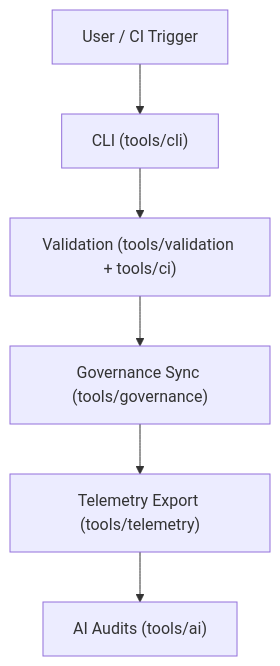
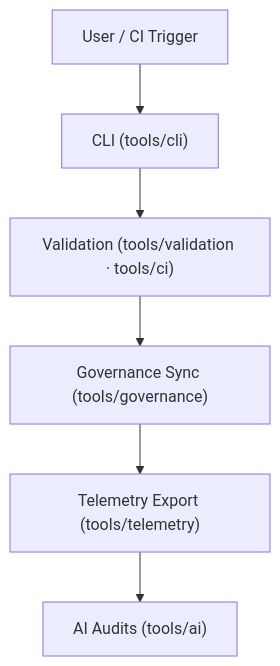
Before and after one commit to bartytime4life/Kansas-Frontier-Matrix: the diagram in tools/README.md, drawn with Mermaid. The commit also changed other lines of this file, not shown here.

````diff
--- a/tools/README.md
+++ b/tools/README.md
@@ -83,8 +83,8 @@
 ```mermaid
 flowchart TD
     A["User / CI Trigger"] --> B["CLI (tools/cli)"]
-    B --> C["Validation (tools/validation + tools/ci)"]
+    B --> C["Validation (tools/validation · tools/ci)"]
     C --> D["Governance Sync (tools/governance)"]
     D --> E["Telemetry Export (tools/telemetry)"]
     E --> F["AI Audits (tools/ai)"]
 ```
````
